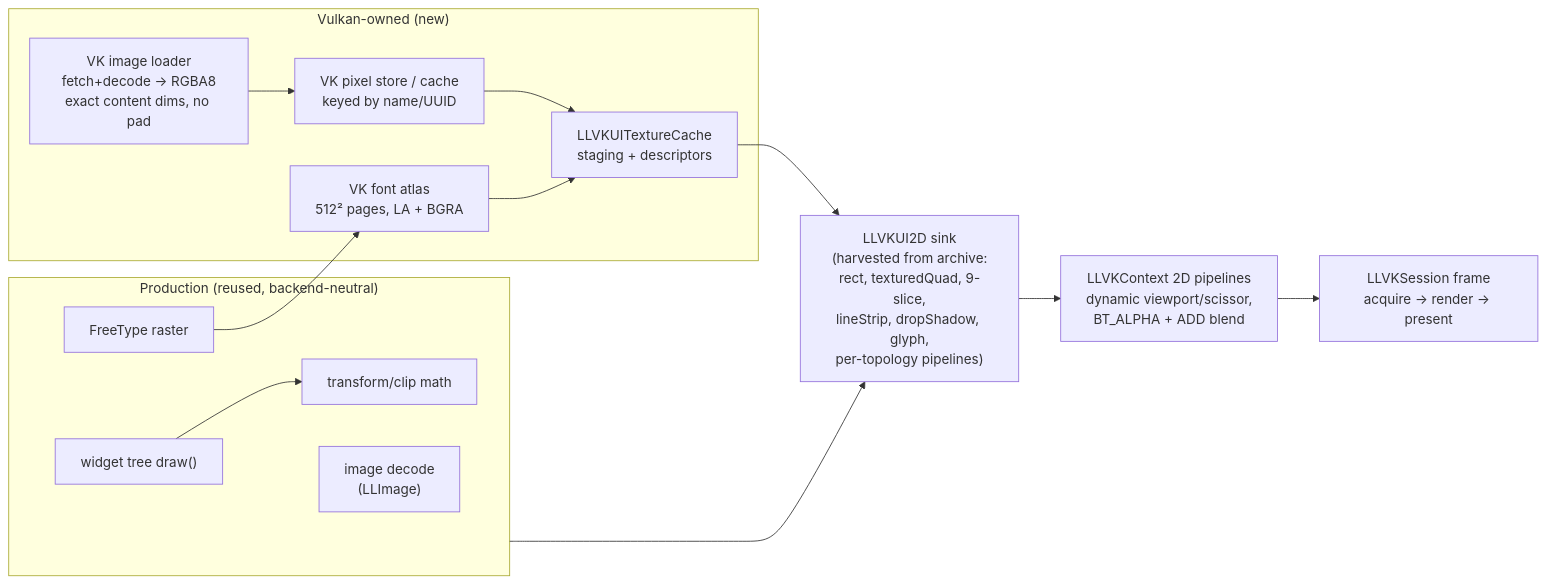
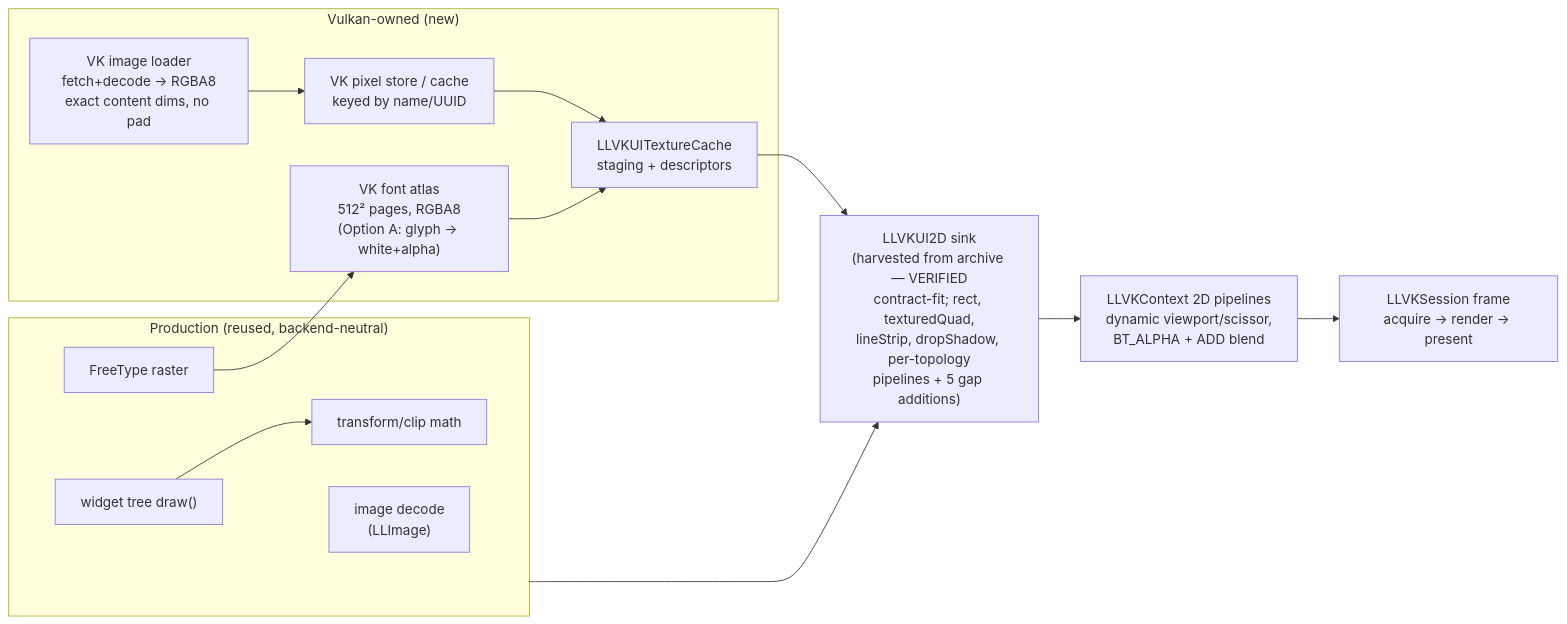
The second of 2 diagrams in doc/vulkan/phase3_v2_ui_plan.md (FirestormViewer/phoenix-firestorm), drawn with Mermaid before and after one commit. The commit also changed other lines of this file, not shown here.

First line of the commit message:
Phase 3 (v2): verify sink contract-fit; lock Option-A glyph atlas

````diff
--- a/doc/vulkan/phase3_v2_ui_plan.md
+++ b/doc/vulkan/phase3_v2_ui_plan.md
@@ -157,20 +157,20 @@
 ```mermaid
 flowchart LR
     subgraph PROD["Production (reused, backend-neutral)"]
       W["widget tree draw()"] --> P1["transform/clip math"]
       IMGDEC["image decode<br/>(LLImage)"] 
       FT["FreeType raster"]
     end
-    PROD --> SINK["LLVKUI2D sink<br/>(harvested from archive:<br/>rect, texturedQuad, 9-slice,<br/>lineStrip, dropShadow, glyph,<br/>per-topology pipelines)"]
+    PROD --> SINK["LLVKUI2D sink<br/>(harvested from archive — VERIFIED<br/>contract-fit; rect, texturedQuad,<br/>lineStrip, dropShadow, per-topology<br/>pipelines + 5 gap additions)"]
     subgraph VKOWN["Vulkan-owned (new)"]
       LOADER["VK image loader<br/>fetch+decode → RGBA8<br/>exact content dims, no pad"]
       STORE["VK pixel store / cache<br/>keyed by name/UUID"]
-      ATLAS["VK font atlas<br/>512² pages, LA + BGRA"]
+      ATLAS["VK font atlas<br/>512² pages, RGBA8<br/>(Option A: glyph → white+alpha)"]
       TEXC["LLVKUITextureCache<br/>staging + descriptors"]
     end
     LOADER --> STORE --> TEXC
     FT --> ATLAS --> TEXC
     TEXC --> SINK
     SINK --> CTX["LLVKContext 2D pipelines<br/>dynamic viewport/scissor,<br/>BT_ALPHA + ADD blend"]
     CTX --> SES["LLVKSession frame<br/>acquire → render → present"]
 ```
````
